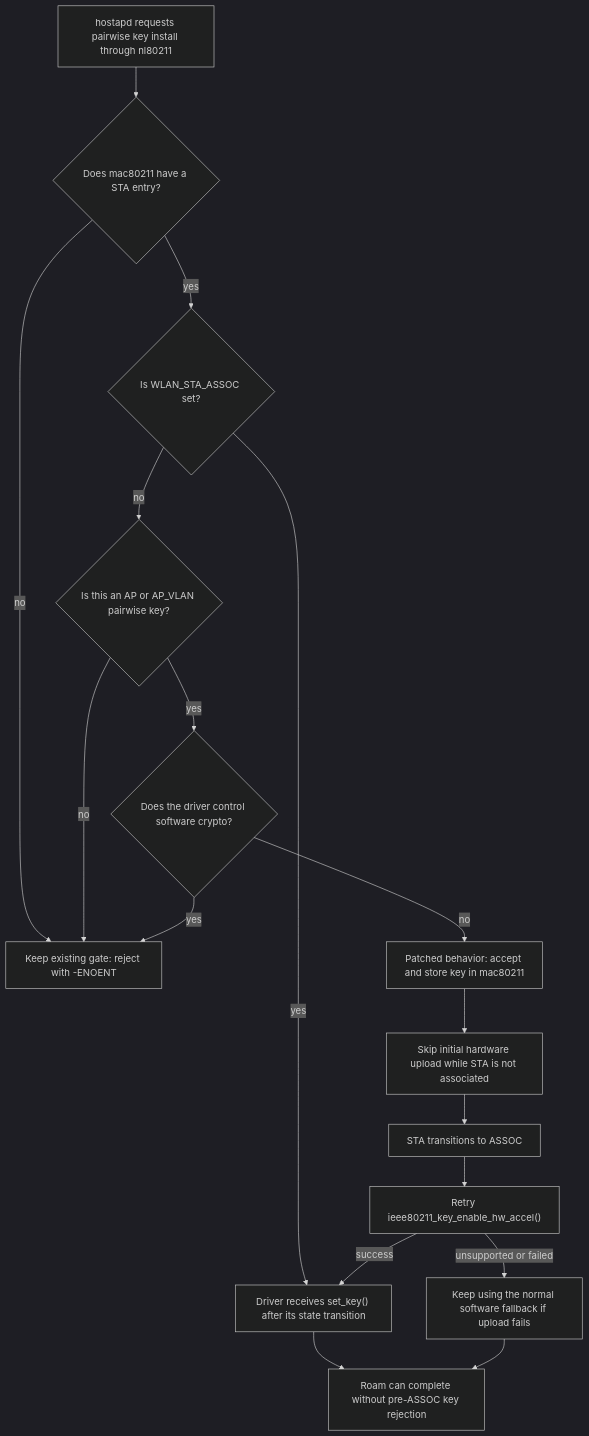
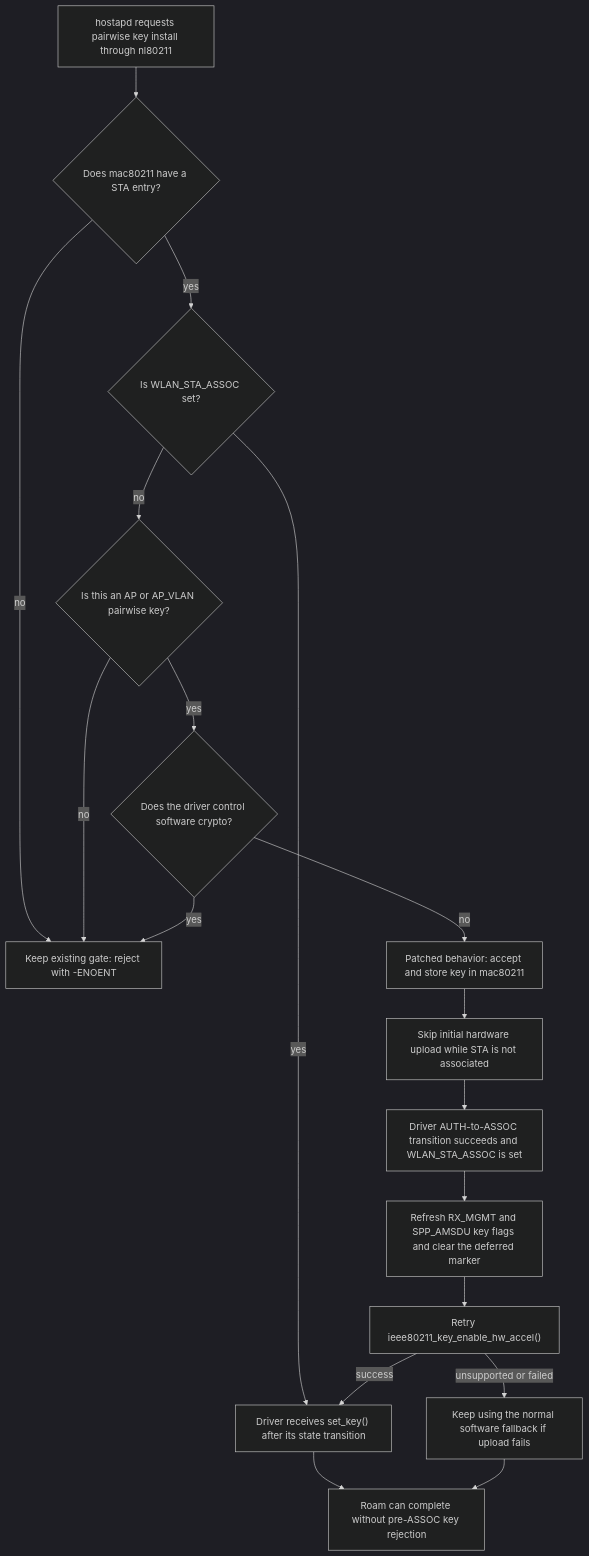
Before and after one commit to AndreaCovelli/openwrt-ft-race-patches: the first of 3 diagrams in docs/ft-key-upload-race/README.md, drawn with Mermaid (dark theme). The commit also changed other lines of this file, not shown here.

First line of the commit message:
docs: show the ASSOC-time key flag refresh in the FT race diagrams

````diff
--- a/docs/ft-key-upload-race/README.md
+++ b/docs/ft-key-upload-race/README.md
@@ -91,33 +91,35 @@
 ```mermaid
 flowchart TD
     REQUEST["hostapd requests pairwise key install through nl80211"]
     LOOKUP{"Does mac80211 have a STA entry?"}
     ASSOC{"Is WLAN_STA_ASSOC set?"}
     APPAIR{"Is this an AP or AP_VLAN pairwise key?"}
     SWCTRL{"Does the driver control software crypto?"}
     REJECT["Keep existing gate: reject with -ENOENT"]
     STORE["Patched behavior: accept and store key in mac80211"]
     SKIP_HW["Skip initial hardware upload while STA is not associated"]
-    ASSOC_EVENT["STA transitions to ASSOC"]
+    ASSOC_EVENT["Driver AUTH-to-ASSOC transition succeeds and WLAN_STA_ASSOC is set"]
+    REFRESH["Refresh RX_MGMT and SPP_AMSDU key flags and clear the deferred marker"]
     UPLOAD["Retry ieee80211_key_enable_hw_accel()"]
     DRIVER["Driver receives set_key() after its state transition"]
     SOFTWARE["Keep using the normal software fallback if upload fails"]
     DONE["Roam can complete without pre-ASSOC key rejection"]
 
     REQUEST --> LOOKUP
     LOOKUP -->|"no"| REJECT
     LOOKUP -->|"yes"| ASSOC
     ASSOC -->|"yes"| DRIVER
     ASSOC -->|"no"| APPAIR
     APPAIR -->|"no"| REJECT
     APPAIR -->|"yes"| SWCTRL
     SWCTRL -->|"yes"| REJECT
     SWCTRL -->|"no"| STORE
     STORE --> SKIP_HW
     SKIP_HW --> ASSOC_EVENT
-    ASSOC_EVENT --> UPLOAD
+    ASSOC_EVENT --> REFRESH
+    REFRESH --> UPLOAD
     UPLOAD -->|"success"| DRIVER
     UPLOAD -->|"unsupported or failed"| SOFTWARE
     DRIVER --> DONE
     SOFTWARE --> DONE
 ```
````
